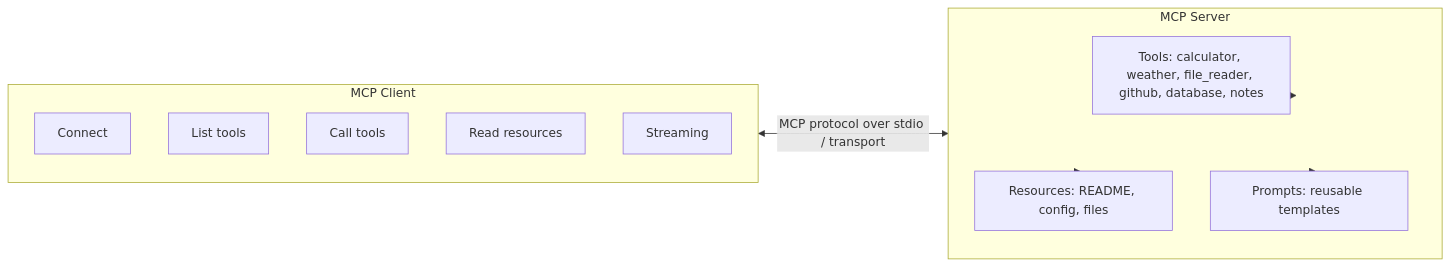
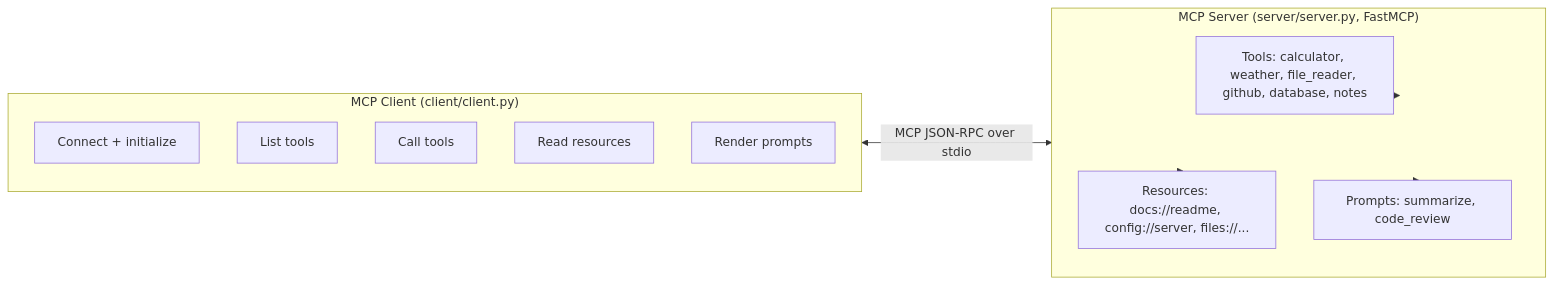
One commit to ranjan-del/mcp-server-client changed the diagram in README.md. Above: the diagram before and after it, drawn with Mermaid. The commit also changed other lines of this file and 28 other files, not shown here.

Commit message:
Implement MCP server tools/resources/prompts, stdio client, and pytest suite

````diff
--- a/README.md
+++ b/README.md
@@ -15,22 +19,22 @@
 ```mermaid
 flowchart LR
-    subgraph Client["MCP Client"]
-        C1[Connect]
+    subgraph Client["MCP Client (client/client.py)"]
+        C1[Connect + initialize]
         C2[List tools]
         C3[Call tools]
         C4[Read resources]
-        C5[Streaming]
+        C5[Render prompts]
     end
 
-    subgraph Server["MCP Server"]
+    subgraph Server["MCP Server (server/server.py, FastMCP)"]
         direction TB
         T[Tools: calculator, weather, file_reader, github, database, notes]
-        R[Resources: README, config, files]
-        P[Prompts: reusable templates]
+        R[Resources: docs://readme, config://server, files://...]
+        P[Prompts: summarize, code_review]
     end
 
-    Client <-->|MCP protocol over stdio / transport| Server
+    Client <-->|MCP JSON-RPC over stdio| Server
     Server --> T
     Server --> R
     Server --> P
 ```
````
